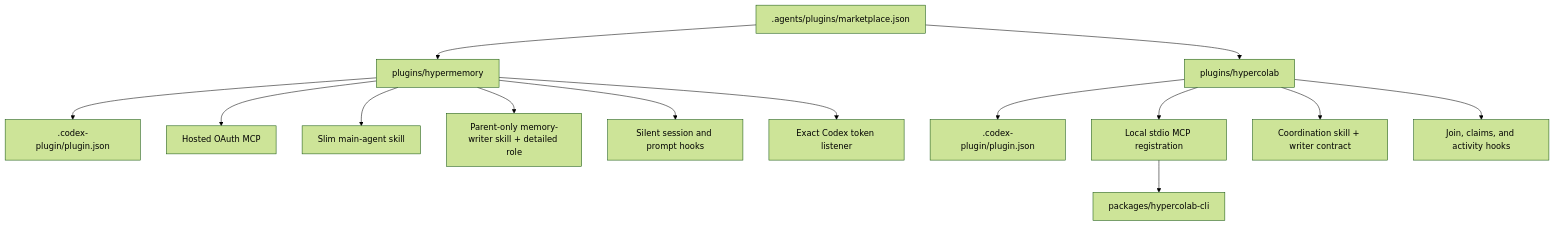
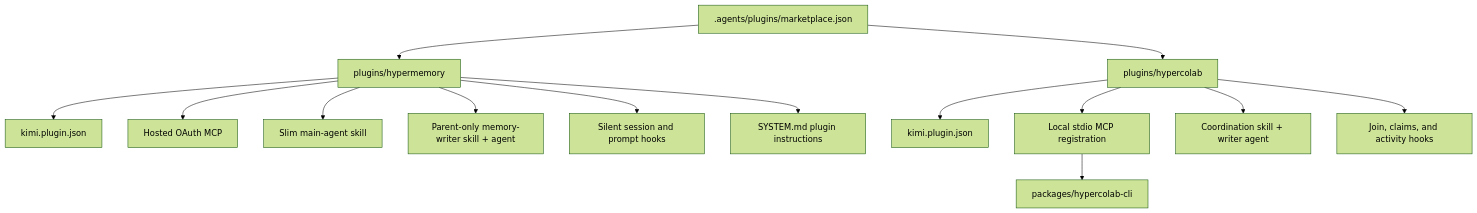
One commit to hypermemory-ai/hm-plugin-kimi changed the first of 3 diagrams in docs/ARCHITECTURE.md. Above: the diagram before and after it, drawn with Mermaid (forest theme). The commit also changed other lines of this file and 37 other files, not shown here.

First line of the commit message:
Convert HyperMemory and HyperColab plugins to Kimi Code plugin standard

````diff
--- a/docs/ARCHITECTURE.md
+++ b/docs/ARCHITECTURE.md
@@ -9,18 +9,18 @@
 ```mermaid
 flowchart TD
     Marketplace[".agents/plugins/marketplace.json"] --> HM["plugins/hypermemory"]
     Marketplace --> HC["plugins/hypercolab"]
 
-    HM --> HMM[".codex-plugin/plugin.json"]
+    HM --> HMM["kimi.plugin.json"]
     HM --> HMMCP["Hosted OAuth MCP"]
     HM --> HMSkill["Slim main-agent skill"]
-    HM --> HMWRole["Parent-only memory-writer skill + detailed role"]
+    HM --> HMWRole["Parent-only memory-writer skill + agent"]
     HM --> HMHooks["Silent session and prompt hooks"]
-    HM --> HMToken["Exact Codex token listener"]
+    HM --> HMPrompt["SYSTEM.md plugin instructions"]
 
-    HC --> HCM[".codex-plugin/plugin.json"]
+    HC --> HCM["kimi.plugin.json"]
     HC --> HCMCP["Local stdio MCP registration"]
-    HC --> HCSkill["Coordination skill + writer contract"]
+    HC --> HCSkill["Coordination skill + writer agent"]
     HC --> HCHooks["Join, claims, and activity hooks"]
     HCMCP --> CLI["packages/hypercolab-cli"]
 ```
````
